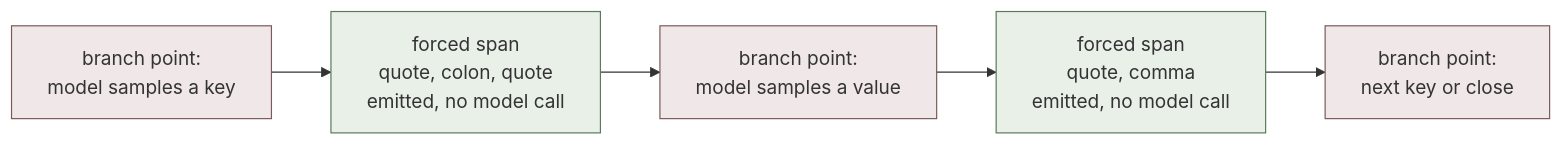
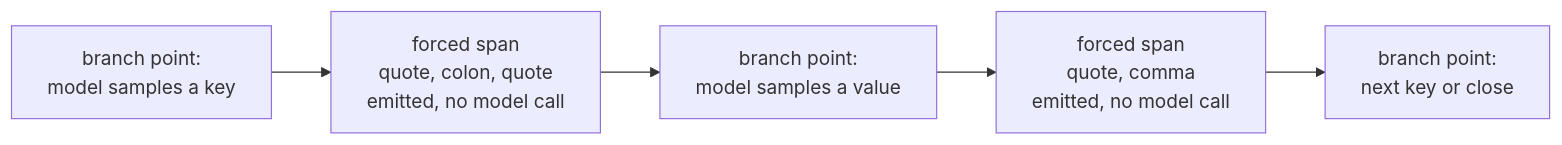
The second of 4 diagrams in en/p4-inference/20-structured-long-context.qmd (latere-ai/ai-as-an-infrastructure), drawn with Mermaid before and after one commit. The commit also changed other lines of this file and 186 other files, not shown here.

First line of the commit message:
book: visual audit pass on all diagrams and figures

````diff
--- a/en/p4-inference/20-structured-long-context.qmd
+++ b/en/p4-inference/20-structured-long-context.qmd
@@ -46,13 +46,9 @@
 ```{mermaid}
 %%| label: fig-slc-jumpforward
 %%| fig-cap: "Jump-forward decoding over a compressed FSM. Forced spans collapse to a single edge emitted without a model call, after Yin et al. (2024)."
 flowchart LR
   B1["branch point:<br/>model samples a key"] --> F1["forced span<br/>quote, colon, quote<br/>emitted, no model call"]
   F1 --> B2["branch point:<br/>model samples a value"]
   B2 --> F2["forced span<br/>quote, comma<br/>emitted, no model call"]
   F2 --> B3["branch point:<br/>next key or close"]
-  classDef forced fill:#e8f0e8,stroke:#5a7a5a;
-  classDef branch fill:#f0e8e8,stroke:#7a5a5a;
-  class F1,F2 forced;
-  class B1,B2,B3 branch;
 ```
````
